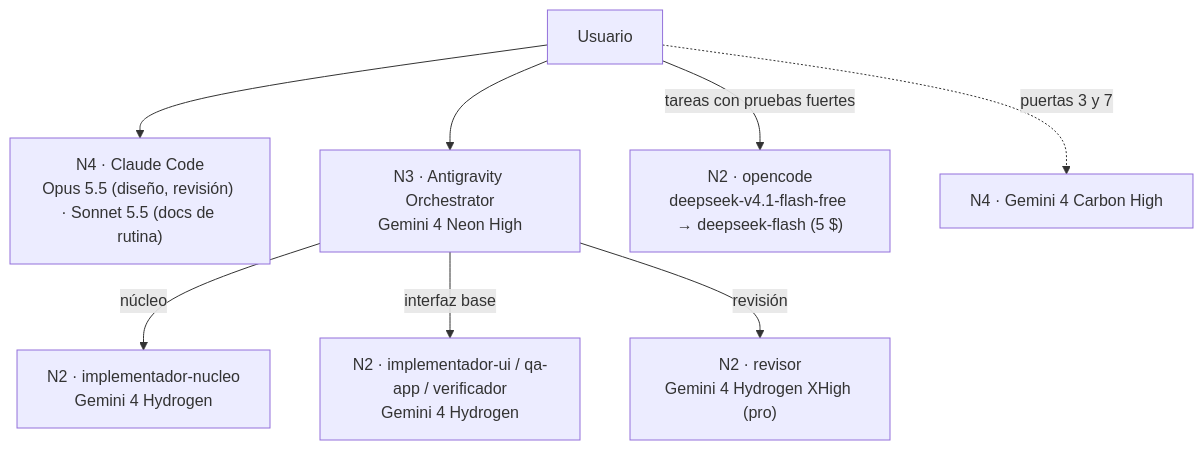
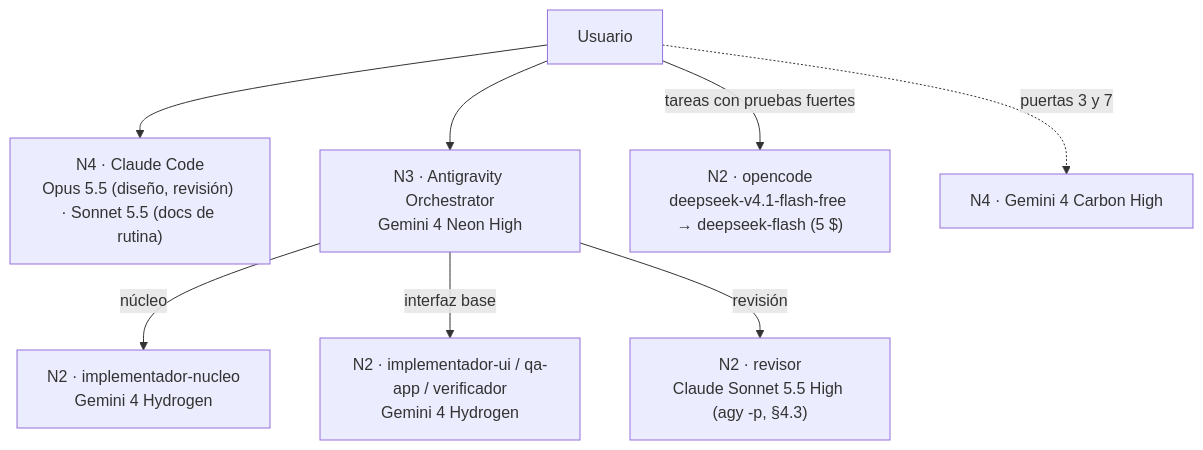
Before and after one commit to brandonC-developer/Alpha: the diagram in docs/02-agentes-y-modelos.md, drawn with Mermaid. The commit also changed other lines of this file and 9 other files, not shown here.

````diff
--- a/docs/02-agentes-y-modelos.md
+++ b/docs/02-agentes-y-modelos.md
@@ -14,10 +14,10 @@
 ```mermaid
 flowchart TB
   U[Usuario] --> N4C["N4 · Claude Code<br/>Opus 5.5 (diseño, revisión) · Sonnet 5.5 (docs de rutina)"]
   U --> N3["N3 · Antigravity Orchestrator<br/>Gemini 4 Neon High"]
   N3 -->|núcleo| N2A["N2 · implementador-nucleo<br/>Gemini 4 Hydrogen"]
   N3 -->|interfaz base| N2U["N2 · implementador-ui / qa-app / verificador<br/>Gemini 4 Hydrogen"]
-  N3 -->|revisión| RV["N2 · revisor<br/>Gemini 4 Hydrogen XHigh (pro)"]
+  N3 -->|revisión| RV["N2 · revisor<br/>Claude Sonnet 5.5 High (agy -p, §4.3)"]
   U -->|tareas con pruebas fuertes| OC["N2 · opencode<br/>deepseek-v4.1-flash-free → deepseek-flash (5 $)"]
   U -.->|puertas 3 y 7| N4G["N4 · Gemini 4 Carbon High"]
 ```
````
